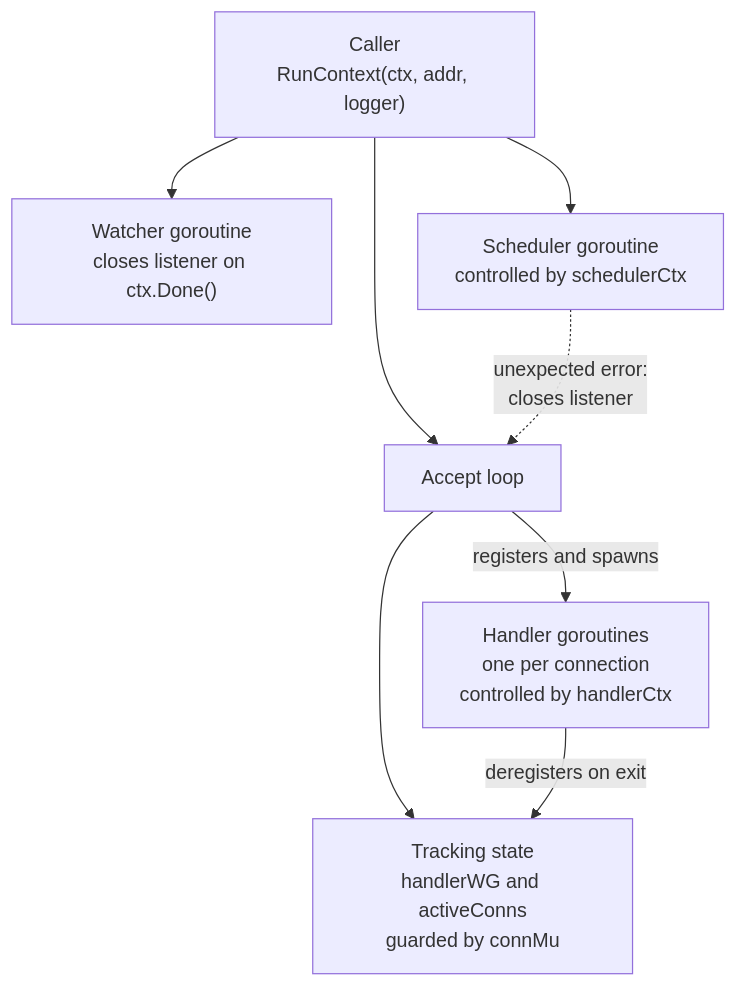
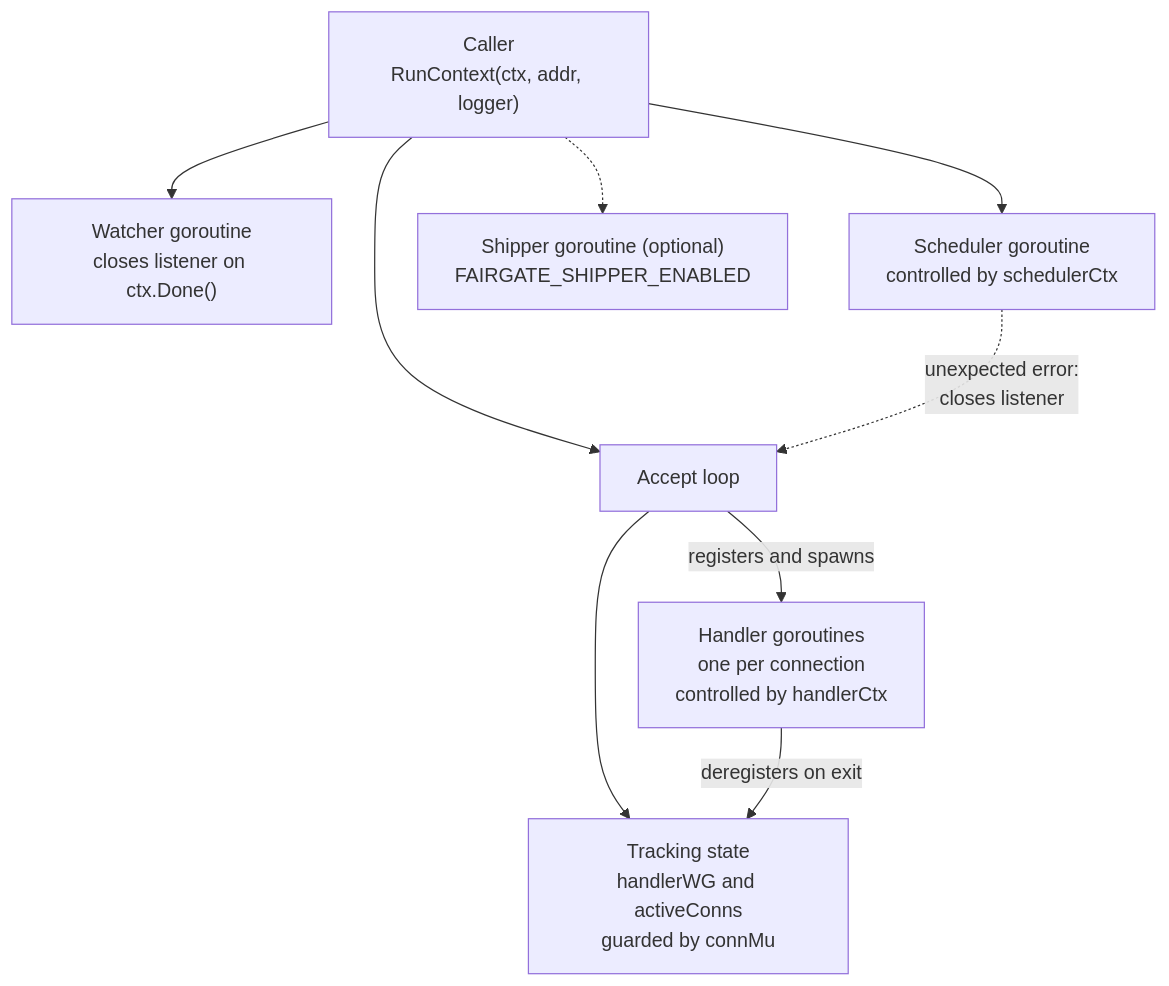
One commit to PratyushVishal11011/Fairgate changed diagram 11 of 14 in README.md. Above: the diagram before and after it, drawn with Mermaid. The commit also changed other lines of this file and 4 other files, not shown here.

````diff
--- a/README.md
+++ b/README.md
@@ -465,17 +480,19 @@
 ```mermaid
 flowchart TD
     CALLER["Caller<br/>RunContext(ctx, addr, logger)"]
     WATCH["Watcher goroutine<br/>closes listener on ctx.Done()"]
     ACC["Accept loop"]
     H["Handler goroutines<br/>one per connection<br/>controlled by handlerCtx"]
     SCH["Scheduler goroutine<br/>controlled by schedulerCtx"]
+    SHP["Shipper goroutine (optional)<br/>FAIRGATE_SHIPPER_ENABLED"]
     TRK["Tracking state<br/>handlerWG and activeConns<br/>guarded by connMu"]
 
     CALLER --> WATCH
     CALLER --> ACC
     CALLER --> SCH
+    CALLER -.-> SHP
     ACC -->|"registers and spawns"| H
     ACC --> TRK
     H -->|"deregisters on exit"| TRK
     SCH -.->|"unexpected error:<br/>closes listener"| ACC
 ```
````
